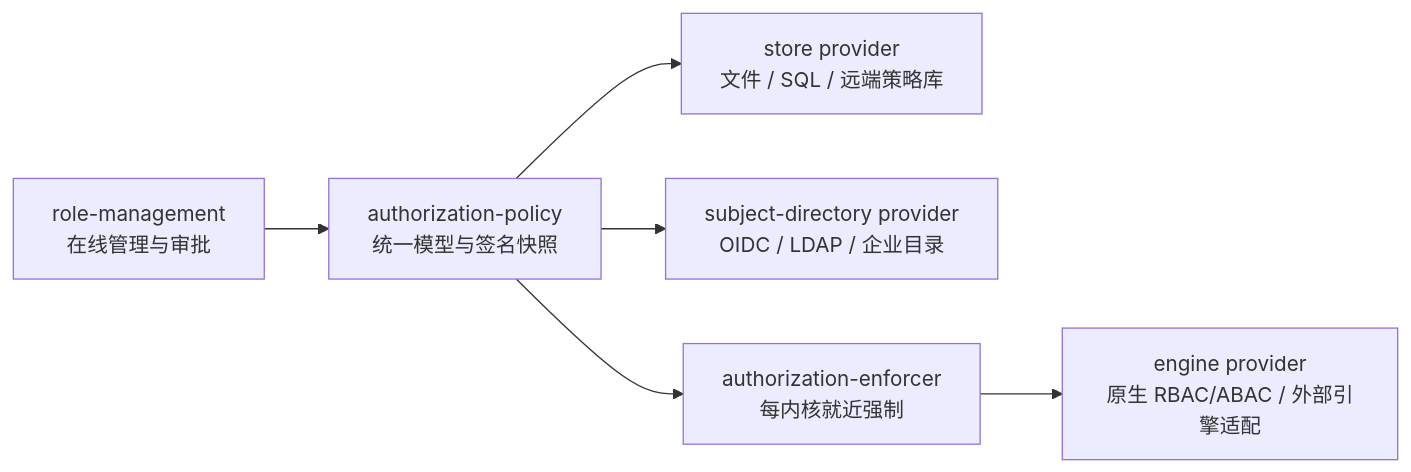
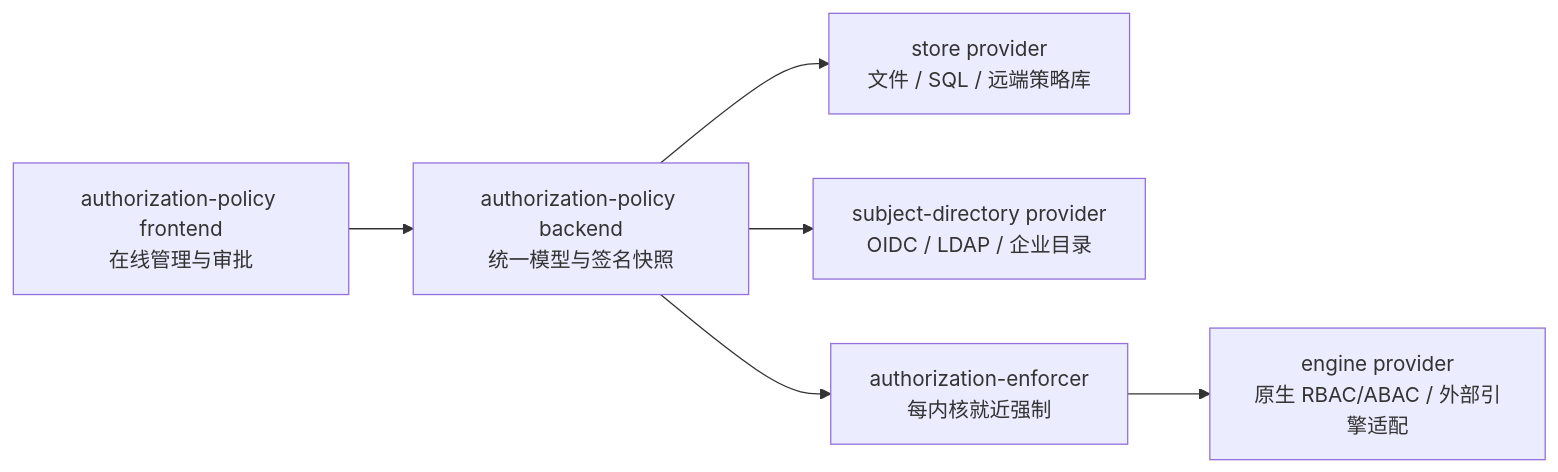
One commit to yandt/VastPlan changed the diagram in docs/dev/architecture/在线角色与权限治理.md. Above: the diagram before and after it, drawn with Mermaid. The commit also changed other lines of this file and 100 other files, not shown here.

````diff
--- a/docs/dev/architecture/在线角色与权限治理.md
+++ b/docs/dev/architecture/在线角色与权限治理.md
@@ -89,8 +89,8 @@
 ```mermaid
 flowchart LR
-  RM["role-management\n在线管理与审批"] --> AP["authorization-policy\n统一模型与签名快照"]
+  UI["authorization-policy frontend\n在线管理与审批"] --> AP["authorization-policy backend\n统一模型与签名快照"]
   AP --> SP["store provider\n文件 / SQL / 远端策略库"]
   AP --> DP["subject-directory provider\nOIDC / LDAP / 企业目录"]
   AP --> EN["authorization-enforcer\n每内核就近强制"]
   EN --> EP["engine provider\n原生 RBAC/ABAC / 外部引擎适配"]
 ```
````
